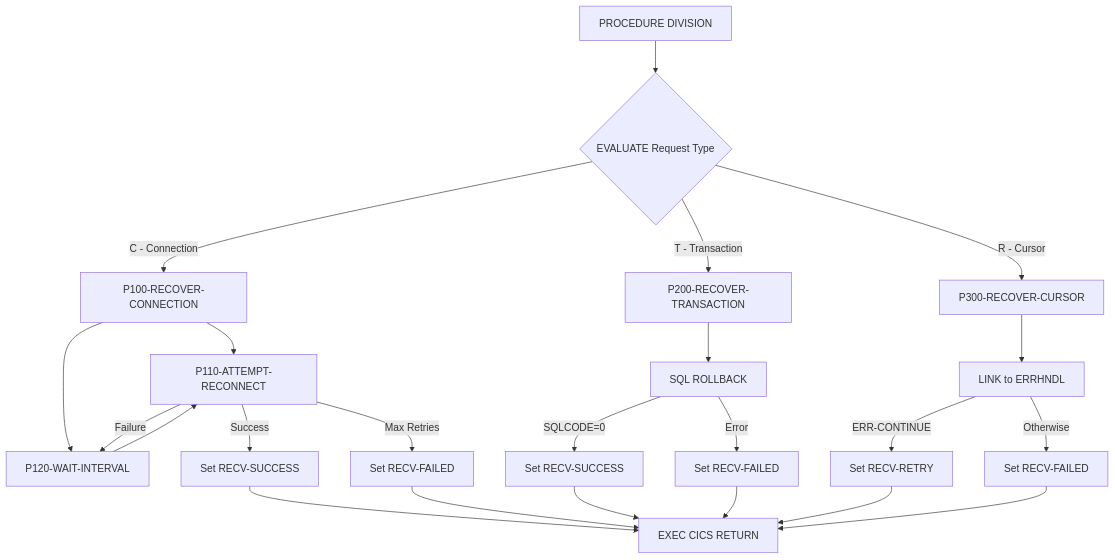
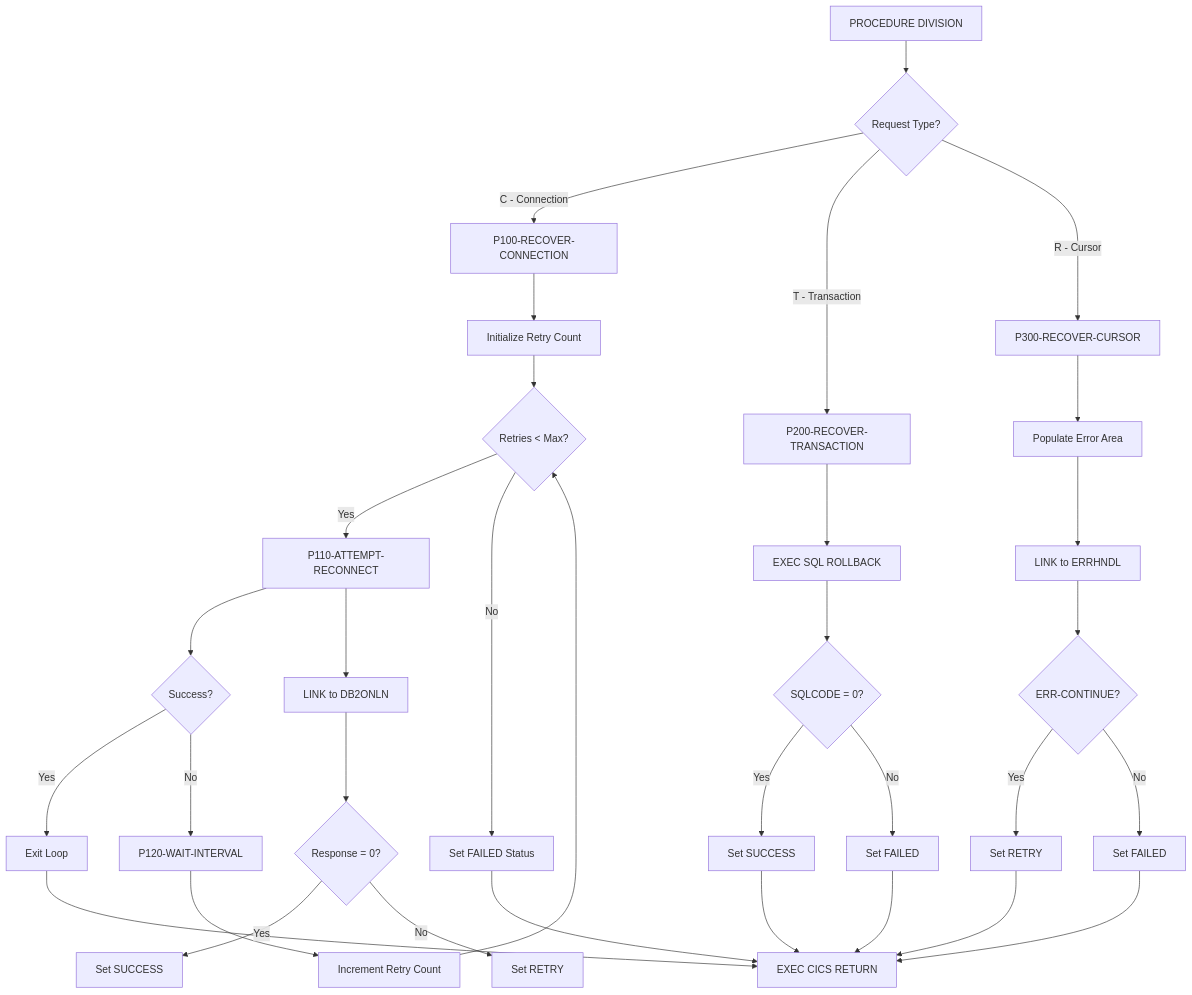
Before and after one commit to haladir-com/legacy-benchmark-docs-vb70e1: the diagram in docs/programs/DB2RECV.mdx, drawn with Mermaid. The commit also changed other lines of this file and 64 other files, not shown here.

````diff
--- a/docs/programs/DB2RECV.mdx
+++ b/docs/programs/DB2RECV.mdx
@@ -19,29 +16,40 @@
 ```mermaid
 graph TD
-    A[PROCEDURE DIVISION] --> B{EVALUATE Request Type}
+    A[PROCEDURE DIVISION] --> B{Request Type?}
     B -->|C - Connection| C[P100-RECOVER-CONNECTION]
     B -->|T - Transaction| D[P200-RECOVER-TRANSACTION]
     B -->|R - Cursor| E[P300-RECOVER-CURSOR]
     
-    C --> C1[P110-ATTEMPT-RECONNECT]
-    C --> C2[P120-WAIT-INTERVAL]
-    C1 -->|Success| F[Set RECV-SUCCESS]
-    C1 -->|Failure| C2
-    C2 --> C1
-    C1 -->|Max Retries| G[Set RECV-FAILED]
+    C --> C1[Initialize Retry Count]
+    C1 --> C2{Retries < Max?}
+    C2 -->|Yes| C3[P110-ATTEMPT-RECONNECT]
+    C3 --> C4{Success?}
+    C4 -->|Yes| C5[Exit Loop]
+    C4 -->|No| C6[P120-WAIT-INTERVAL]
+    C6 --> C7[Increment Retry Count]
+    C7 --> C2
+    C2 -->|No| C8[Set FAILED Status]
     
-    D --> D1[SQL ROLLBACK]
-    D1 -->|SQLCODE=0| H[Set RECV-SUCCESS]
-    D1 -->|Error| I[Set RECV-FAILED]
+    C3 --> C3a[LINK to DB2ONLN]
+    C3a --> C3b{Response = 0?}
+    C3b -->|Yes| C3c[Set SUCCESS]
+    C3b -->|No| C3d[Set RETRY]
     
-    E --> E1[LINK to ERRHNDL]
-    E1 -->|ERR-CONTINUE| J[Set RECV-RETRY]
-    E1 -->|Otherwise| K[Set RECV-FAILED]
+    D --> D1[EXEC SQL ROLLBACK]
+    D1 --> D2{SQLCODE = 0?}
+    D2 -->|Yes| D3[Set SUCCESS]
+    D2 -->|No| D4[Set FAILED]
     
-    F --> Z[EXEC CICS RETURN]
-    G --> Z
-    H --> Z
-    I --> Z
-    J --> Z
-    K --> Z
+    E --> E1[Populate Error Area]
+    E1 --> E2[LINK to ERRHNDL]
+    E2 --> E3{ERR-CONTINUE?}
+    E3 -->|Yes| E4[Set RETRY]
+    E3 -->|No| E5[Set FAILED]
+    
+    C5 --> F[EXEC CICS RETURN]
+    C8 --> F
+    D3 --> F
+    D4 --> F
+    E4 --> F
+    E5 --> F
 ```
````
